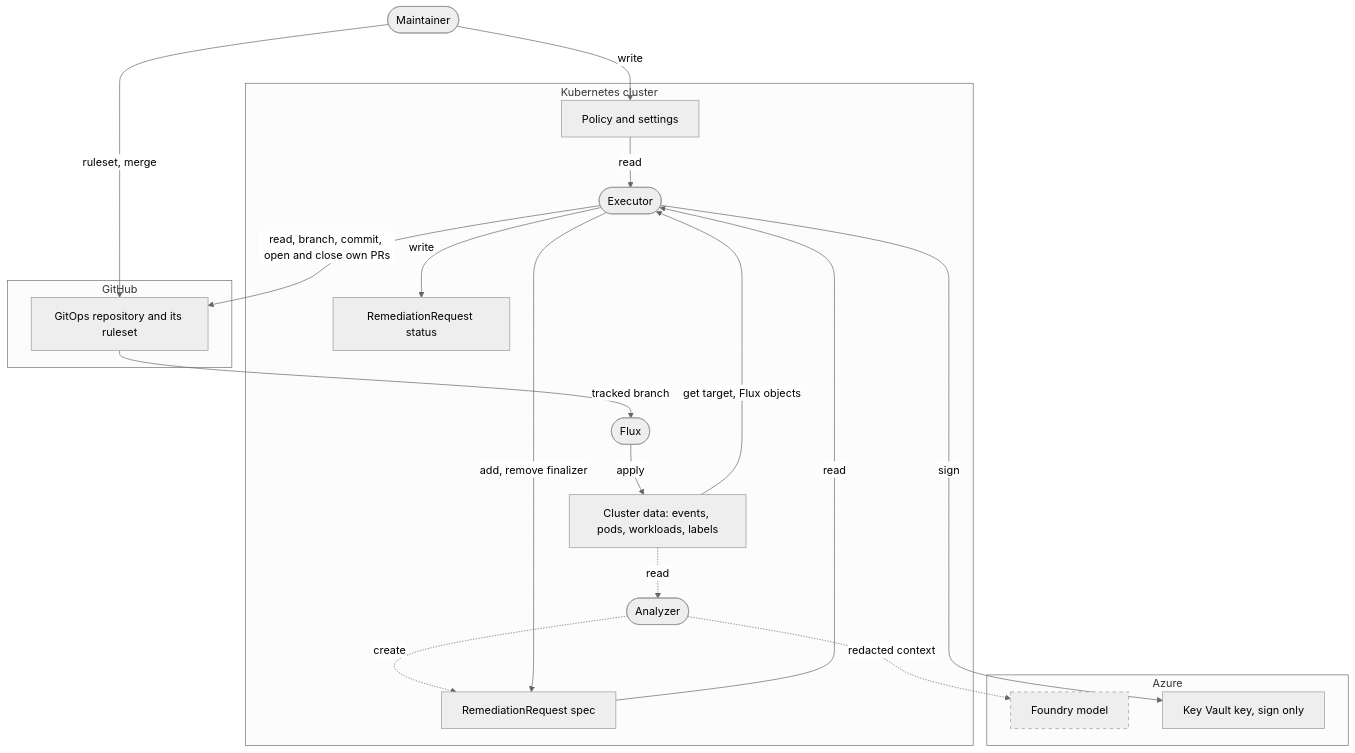
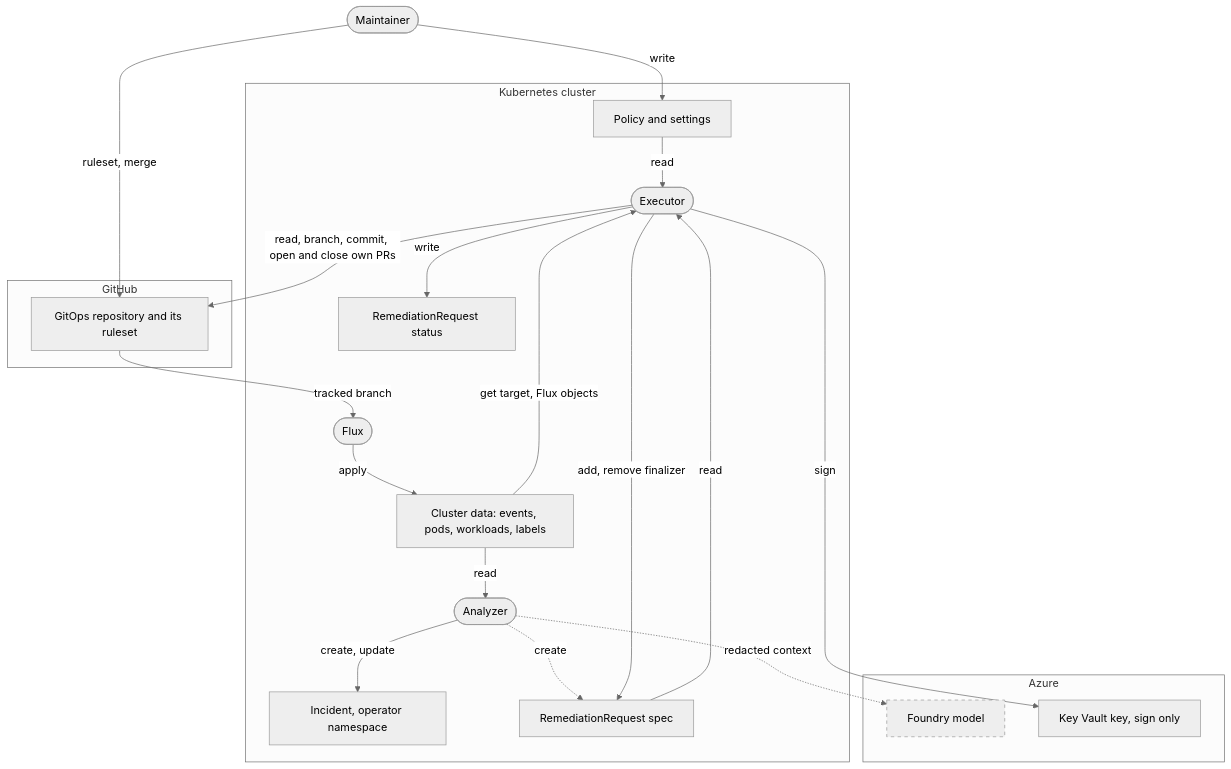
Before and after one commit to pkalin/shadewright: the diagram in docs/threat-model.md, drawn with Mermaid (neutral theme). The commit also changed other lines of this file and 26 other files, not shown here.

````diff
--- a/docs/threat-model.md
+++ b/docs/threat-model.md
@@ -28,36 +28,38 @@
 ```mermaid
 flowchart TB
     admin([Maintainer])
     subgraph cluster [Kubernetes cluster]
         data["Cluster data: events, pods, workloads, labels"]
         an([Analyzer])
+        inc["Incident, operator namespace"]
         rr["RemediationRequest spec"]
         pol["Policy and settings"]
         ex([Executor])
         st["RemediationRequest status"]
         flux([Flux])
     end
     subgraph azure [Azure]
         fm[Foundry model]
         kv["Key Vault key, sign only"]
     end
     subgraph github [GitHub]
         repo["GitOps repository and its ruleset"]
     end
-    data -. read .-> an
+    data -- read --> an
+    an -- create, update --> inc
     an -. redacted context .-> fm
     an -. create .-> rr
     rr -- read --> ex
     pol -- read --> ex
     data -- get target, Flux objects --> ex
     ex -- write --> st
     ex -- sign --> kv
     ex -- read, branch, commit, open and close own PRs --> repo
     ex -- add, remove finalizer --> rr
     repo -- tracked branch --> flux
     flux -- apply --> data
     admin -- write --> pol
     admin -- ruleset, merge --> repo
     classDef planned stroke-dasharray: 5 5
     class fm planned
 ```
````
